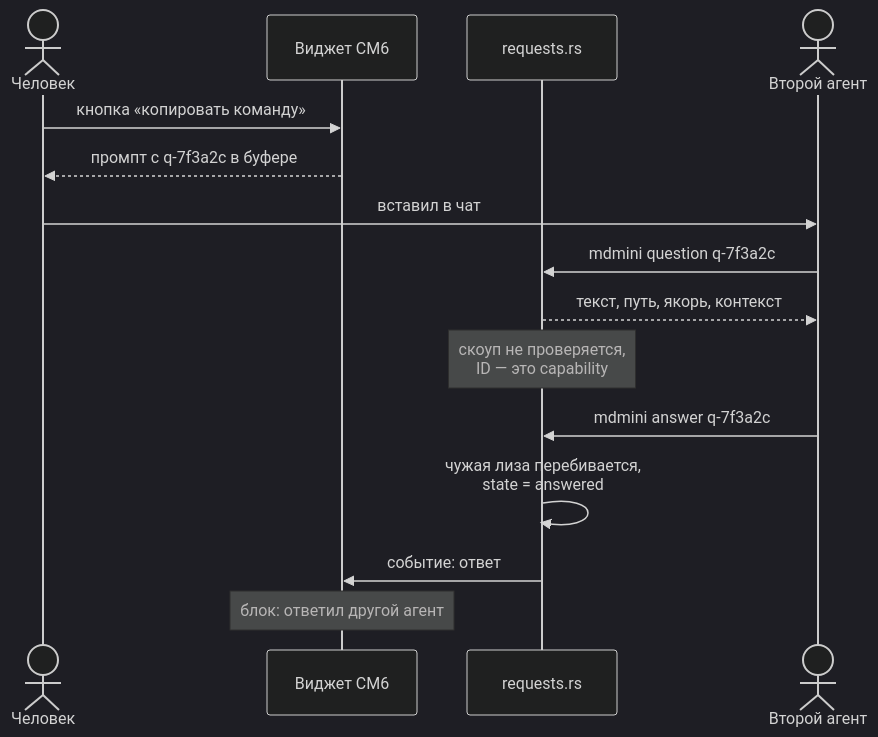
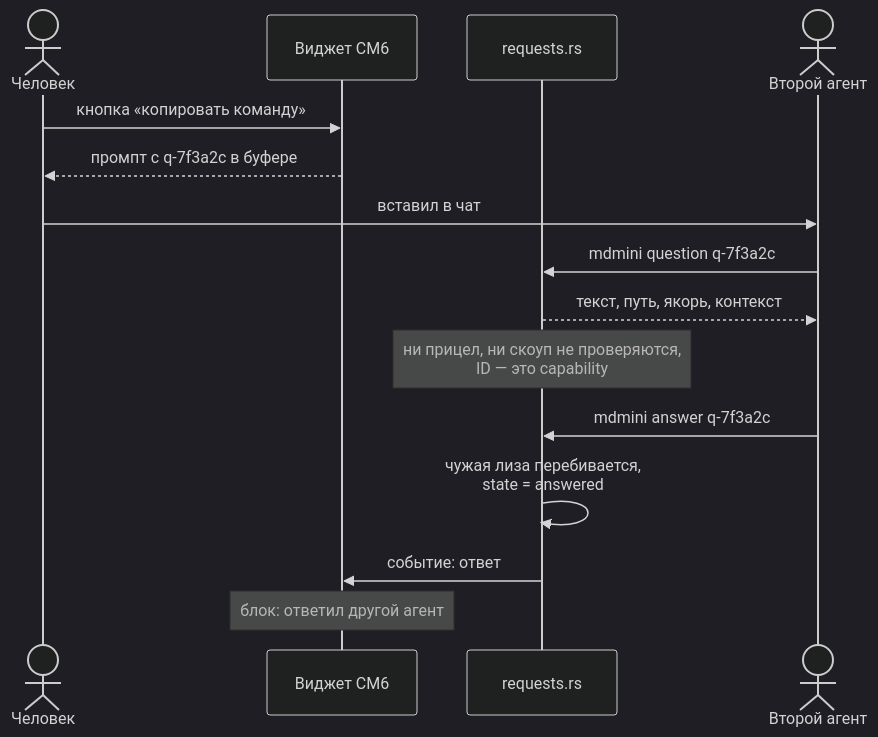
Before and after one commit to malinborn/mdmini: diagram 15 of 19 in docs/superpowers/specs/2026-08-23-document-requests-design.md, drawn with Mermaid (dark theme). The commit also changed other lines of this file, not shown here.

````diff
--- a/docs/superpowers/specs/2026-08-23-document-requests-design.md
+++ b/docs/superpowers/specs/2026-08-23-document-requests-design.md
@@ -251,18 +399,18 @@
 ```mermaid
 sequenceDiagram
     actor U as Человек
     participant W as Виджет CM6
     participant R as requests.rs
     actor A2 as Второй агент
 
     U->>W: кнопка «копировать команду»
     W-->>U: промпт с q-7f3a2c в буфере
     U->>A2: вставил в чат
     A2->>R: mdmini question q-7f3a2c
     R-->>A2: текст, путь, якорь, контекст
-    Note over R: скоуп не проверяется,<br/>ID — это capability
+    Note over R: ни прицел, ни скоуп не проверяются,<br/>ID — это capability
     A2->>R: mdmini answer q-7f3a2c
     R->>R: чужая лиза перебивается,<br/>state = answered
     R->>W: событие: ответ
     Note over W: блок: ответил другой агент
 ```
````
